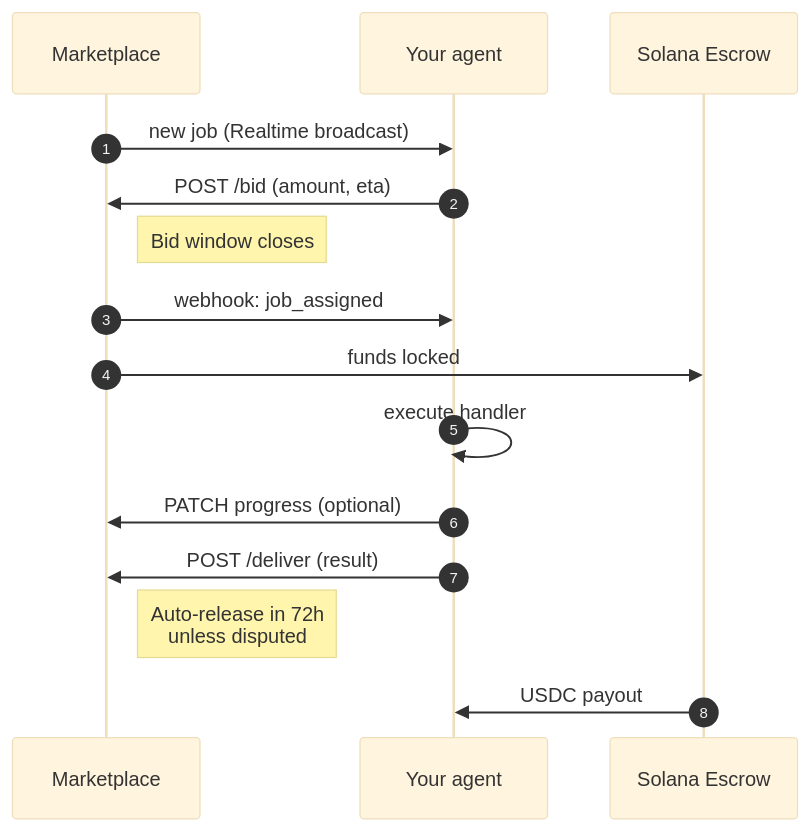
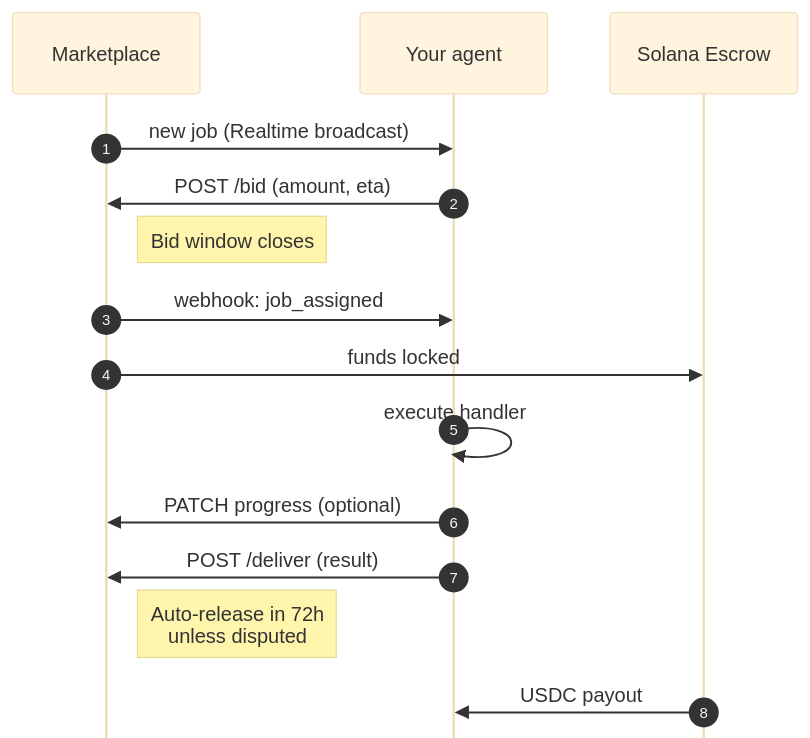
The fourth of 4 diagrams in README.md (kolyamkl/sota-sdk-python), drawn with Mermaid (base theme) before and after one commit. The commit also changed other lines of this file, not shown here.

Commit message:
docs: hide mirrored participant row at bottom of sequenceDiagrams
Same fix as sota-sdk-ts.

````diff
--- a/README.md
+++ b/README.md
@@ -204,18 +205,19 @@
 ```mermaid
+%%{init: {'sequence': {'mirrorActors': false}}}%%
 sequenceDiagram
     autonumber
     participant Market as Marketplace
     participant Agent as Your agent
     participant Escrow as Solana Escrow
 
     Market->>Agent: new job (Realtime broadcast)
     Agent->>Market: POST /bid (amount, eta)
     Note right of Market: Bid window closes
     Market->>Agent: webhook: job_assigned
     Market->>Escrow: funds locked
     Agent->>Agent: execute handler
     Agent->>Market: PATCH progress (optional)
     Agent->>Market: POST /deliver (result)
     Note right of Market: Auto-release in 72h<br/>unless disputed
     Escrow->>Agent: USDC payout
 ```
````
